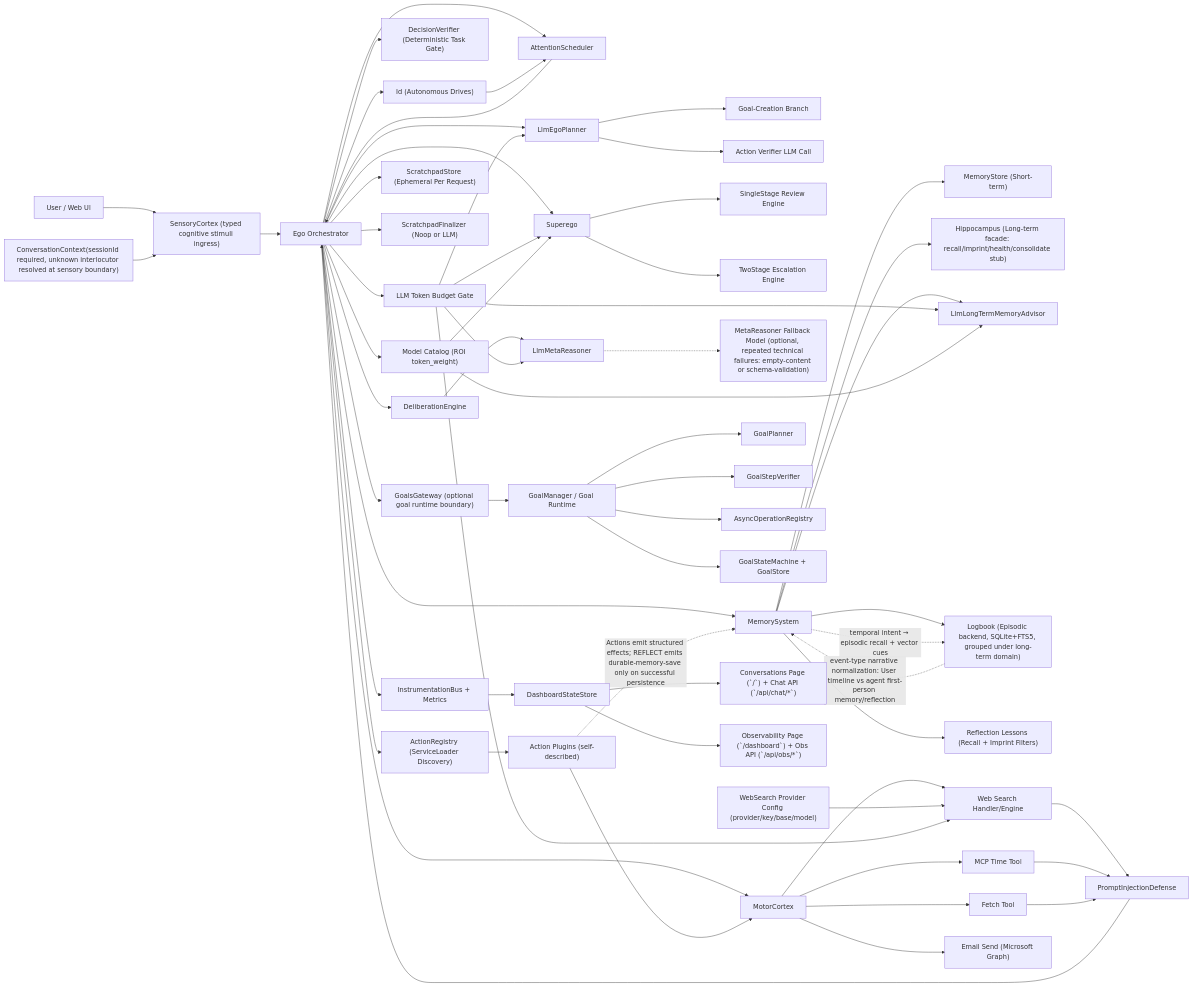
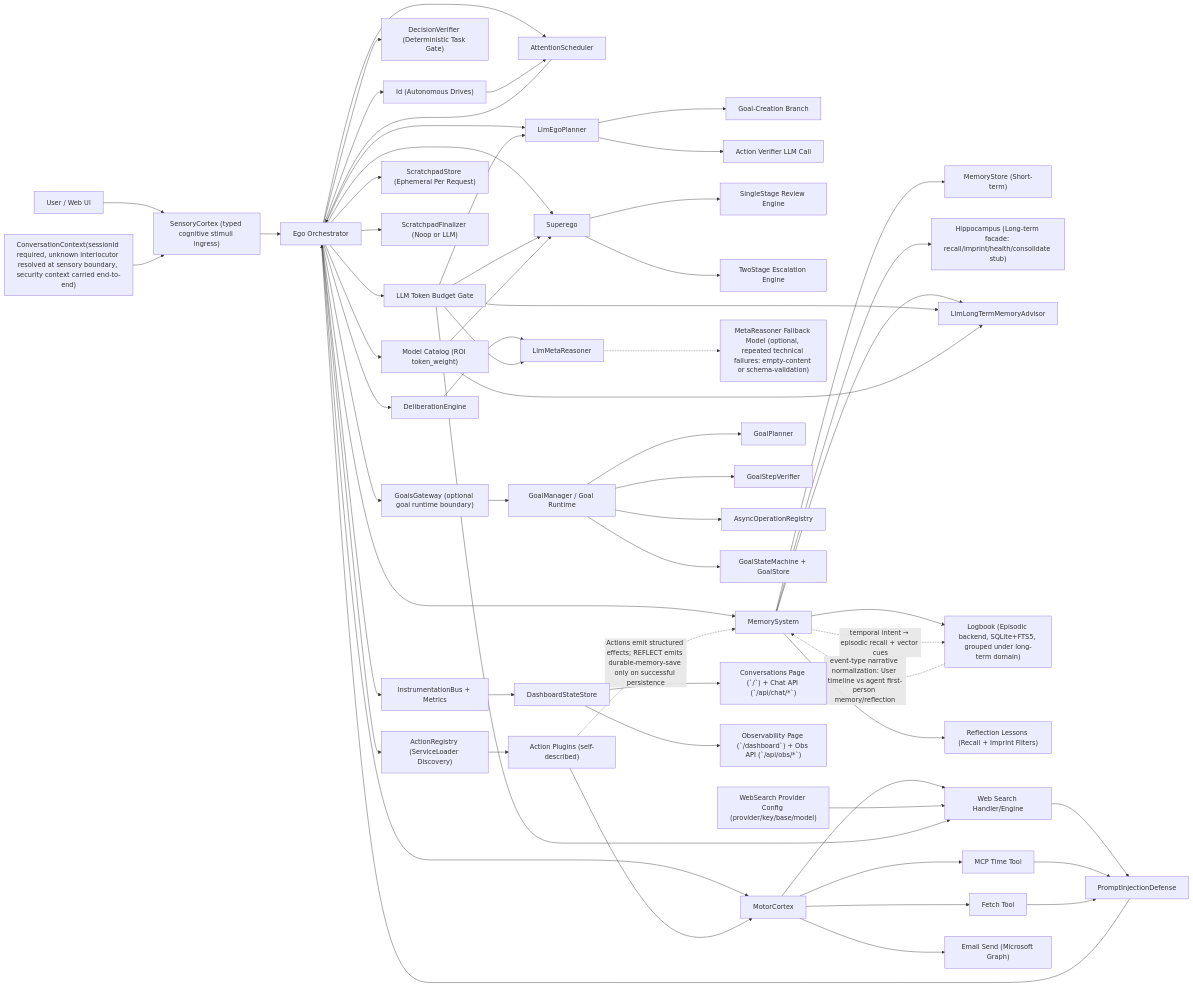
The first of 7 diagrams in AGENT_LOGIC_DIAGRAM.md (neopsyke/NeoPsyke), drawn with Mermaid before and after one commit. The commit also changed other lines of this file and 7 other files, not shown here.

First line of the commit message:
feat(security): surface trust context to planner and memory

````diff
--- a/AGENT_LOGIC_DIAGRAM.md
+++ b/AGENT_LOGIC_DIAGRAM.md
@@ -8,71 +8,71 @@
 ```mermaid
 flowchart LR
     U["User / Web UI"] --> SC["SensoryCortex (typed cognitive stimuli ingress)"]
     SC --> E["Ego Orchestrator"]
-    NoteCtx["ConversationContext(sessionId required, unknown interlocutor resolved at sensory boundary)"] --> SC
+    NoteCtx["ConversationContext(sessionId required, unknown interlocutor resolved at sensory boundary, security context carried end-to-end)"] --> SC
 
     E --> AS["AttentionScheduler"]
     AS --> E
     ID["Id (Autonomous Drives)"] --> AS
     E --> ID
 
     E --> P["LlmEgoPlanner"]
     P --> GBR["Goal-Creation Branch"]
     P --> AV["Action Verifier LLM Call"]
     E --> TV["DecisionVerifier (Deterministic Task Gate)"]
     E --> S["Superego"]
     S --> S1["SingleStage Review Engine"]
     S --> S2["TwoStage Escalation Engine"]
     E --> AR["ActionRegistry (ServiceLoader Discovery)"]
     E --> M["MotorCortex"]
     E --> BG["LLM Token Budget Gate"]
     E --> MCat["Model Catalog (ROI token_weight)"]
 
     E --> DE["DeliberationEngine"]
     DE --> MR["LlmMetaReasoner"]
     MR -.-> MRF["MetaReasoner Fallback Model (optional, repeated technical failures: empty-content or schema-validation)"]
 
     E --> MC["MemorySystem"]
     MC --> MS["MemoryStore (Short-term)"]
     MC --> H["Hippocampus (Long-term facade: recall/imprint/health/consolidate stub)"]
     MC --> LTM["LlmLongTermMemoryAdvisor"]
     MC --> LB["Logbook (Episodic backend, SQLite+FTS5, grouped under long-term domain)"]
     LB -.->|"event-type narrative normalization: User timeline vs agent first-person memory/reflection"| MC
     MC --> RL["Reflection Lessons (Recall + Imprint Filters)"]
     MC -.->|"temporal intent → episodic recall + vector cues"| LB
     E --> TWS["ScratchpadStore (Ephemeral Per Request)"]
     E --> TWF["ScratchpadFinalizer (Noop or LLM)"]
     E --> PG["GoalsGateway (optional goal runtime boundary)"]
     PG --> PM["GoalManager / Goal Runtime"]
     PM --> PP["GoalPlanner"]
     PM --> PV["GoalStepVerifier"]
     PM --> AOR["AsyncOperationRegistry"]
     PM --> PS["GoalStateMachine + GoalStore"]
 
     AR --> AP["Action Plugins (self-described)"]
     AP --> M
     AP -.->|"Actions emit structured effects; REFLECT emits durable-memory-save only on successful persistence"| MC
 
     M --> WS["Web Search Handler/Engine"]
     CfgWS["WebSearch Provider Config (provider/key/base/model)"] --> WS
     M --> MT["MCP Time Tool"]
     M --> MF["Fetch Tool"]
     M --> EM["Email Send (Microsoft Graph)"]
     WS --> PID["PromptInjectionDefense"]
     MT --> PID
     MF --> PID
     PID --> E
 
     BG --> P
     BG --> S
     BG --> MR
     BG --> LTM
     BG --> WS
     MCat --> S
     MCat --> LTM
 
     E --> I["InstrumentationBus + Metrics"]
     I --> DS["DashboardStateStore"]
     DS --> CP["Conversations Page (`/`) + Chat API (`/api/chat/*`)"]
     DS --> OP["Observability Page (`/dashboard`) + Obs API (`/api/obs/*`)"]
 ```
````
